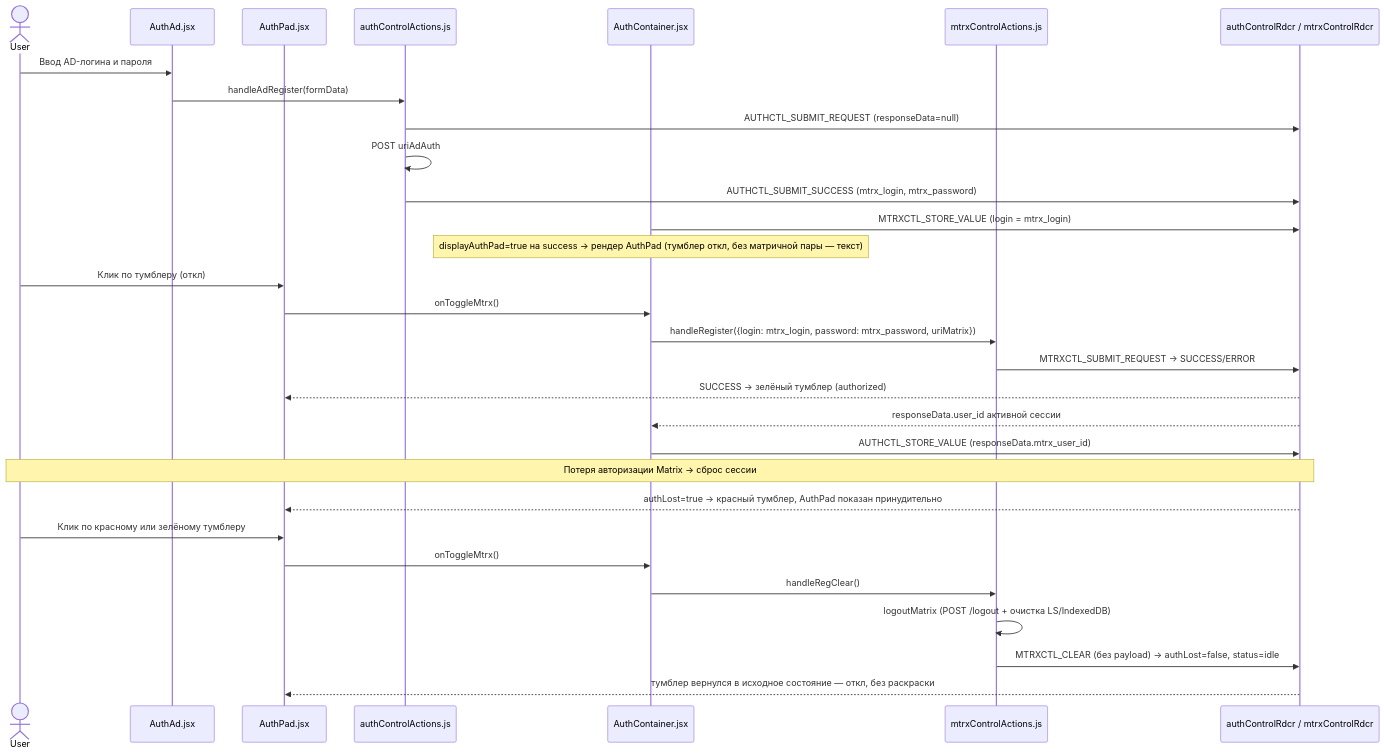
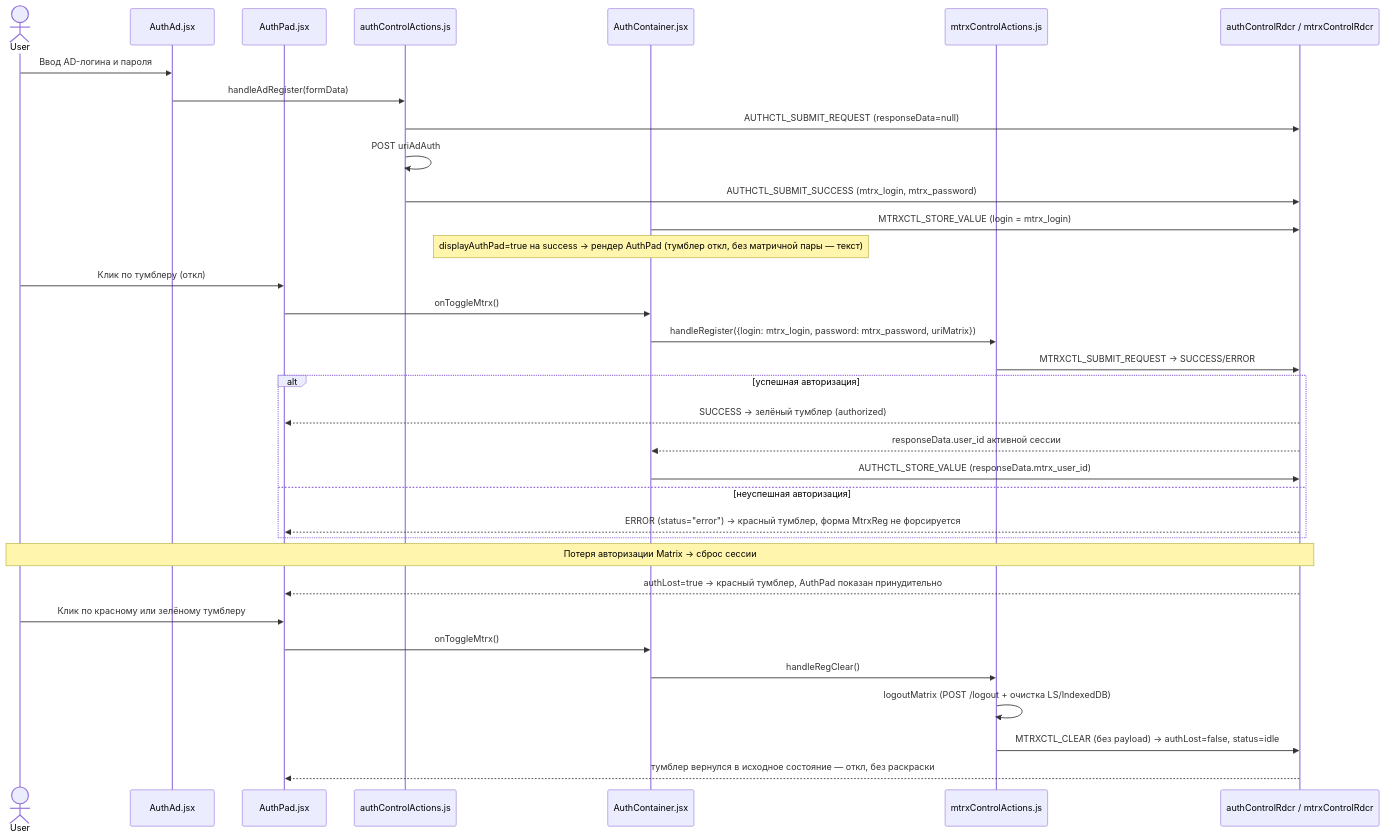
The fourth of 4 diagrams in docs/STATE.md (ars-anosov/matrix-react), drawn with Mermaid before and after one commit. The commit also changed other lines of this file and 14 other files, not shown here.

First line of the commit message:
docs: правила по archify-артефактам, обновлённая архитектура и Sequence авторизации

````diff
--- a/docs/STATE.md
+++ b/docs/STATE.md
@@ -199,34 +207,38 @@
 ```mermaid
 sequenceDiagram
   actor User
   participant AuthAd as AuthAd.jsx
   participant AuthPad as AuthPad.jsx
   participant AuthAct as authControlActions.js
   participant AuthCont as AuthContainer.jsx
   participant MtrxAct as mtrxControlActions.js
   participant Dispatch as authControlRdcr / mtrxControlRdcr
 
   User->>AuthAd: Ввод AD-логина и пароля
   AuthAd->>AuthAct: handleAdRegister(formData)
   AuthAct->>Dispatch: AUTHCTL_SUBMIT_REQUEST (responseData=null)
   AuthAct->>AuthAct: POST uriAdAuth
   AuthAct->>Dispatch: AUTHCTL_SUBMIT_SUCCESS (mtrx_login, mtrx_password)
   AuthCont->>Dispatch: MTRXCTL_STORE_VALUE (login = mtrx_login)
   Note over AuthCont: displayAuthPad=true на success → рендер AuthPad (тумблер откл, без матричной пары — текст)
   User->>AuthPad: Клик по тумблеру (откл)
   AuthPad->>AuthCont: onToggleMtrx()
   AuthCont->>MtrxAct: handleRegister({login: mtrx_login, password: mtrx_password, uriMatrix})
   MtrxAct->>Dispatch: MTRXCTL_SUBMIT_REQUEST → SUCCESS/ERROR
-  Dispatch-->>AuthPad: SUCCESS → зелёный тумблер (authorized)
-  Dispatch-->>AuthCont: responseData.user_id активной сессии
-  AuthCont->>Dispatch: AUTHCTL_STORE_VALUE (responseData.mtrx_user_id)
+  alt успешная авторизация
+    Dispatch-->>AuthPad: SUCCESS → зелёный тумблер (authorized)
+    Dispatch-->>AuthCont: responseData.user_id активной сессии
+    AuthCont->>Dispatch: AUTHCTL_STORE_VALUE (responseData.mtrx_user_id)
+  else неуспешная авторизация
+    Dispatch-->>AuthPad: ERROR (status="error") → красный тумблер, форма MtrxReg не форсируется
+  end
 
   Note over User,Dispatch: Потеря авторизации Matrix → сброс сессии
   Dispatch-->>AuthPad: authLost=true → красный тумблер, AuthPad показан принудительно
   User->>AuthPad: Клик по красному или зелёному тумблеру
   AuthPad->>AuthCont: onToggleMtrx()
   AuthCont->>MtrxAct: handleRegClear()
   MtrxAct->>MtrxAct: logoutMatrix (POST /logout + очистка LS/IndexedDB)
   MtrxAct->>Dispatch: MTRXCTL_CLEAR (без payload) → authLost=false, status=idle
   Dispatch-->>AuthPad: тумблер вернулся в исходное состояние — откл, без раскраски
 ```
````
